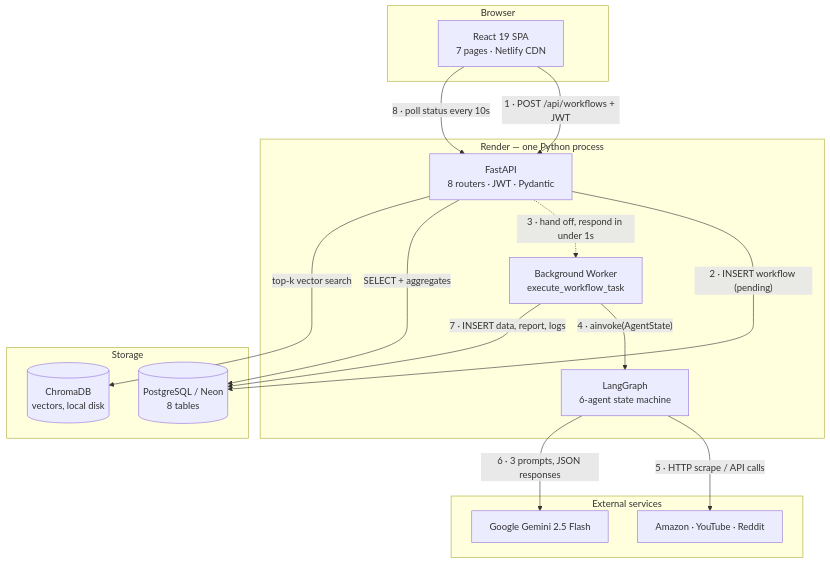
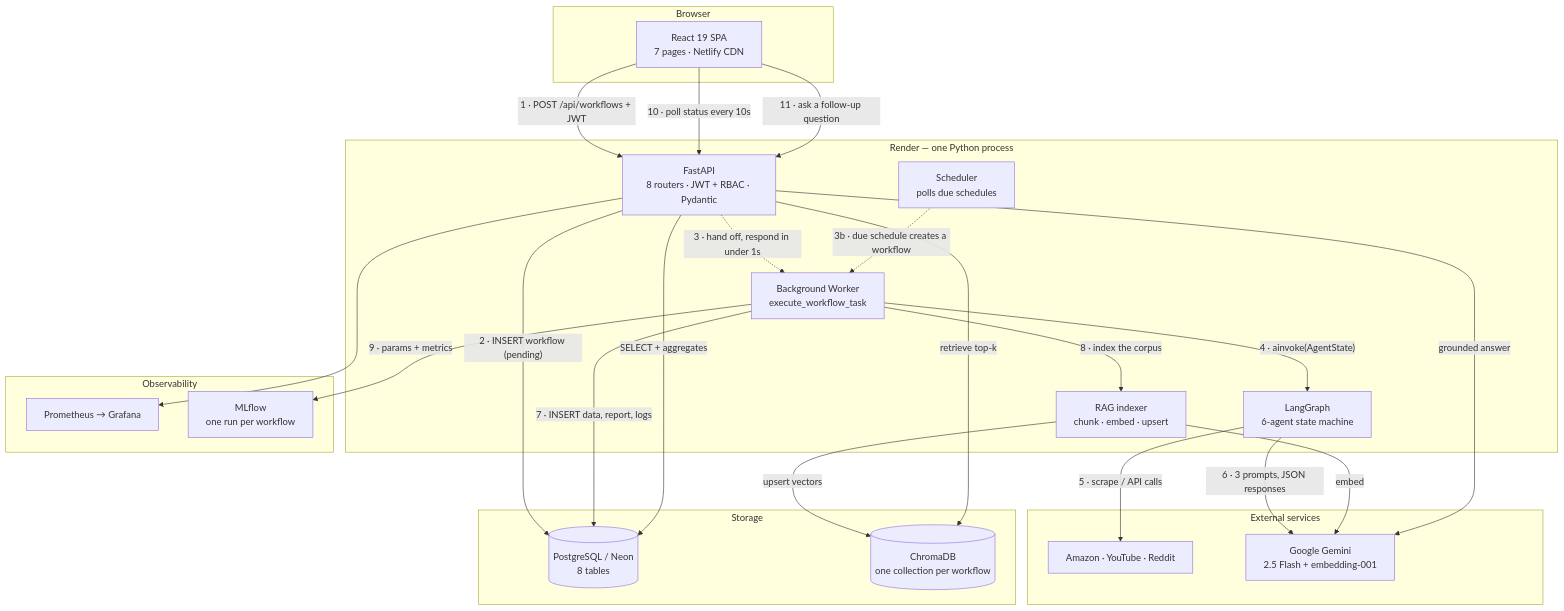
One commit to Abhi7488-VIT/AgentFlow changed the first of 5 diagrams in ARCHITECTURE.md. Above: the diagram before and after it, drawn with Mermaid. The commit also changed other lines of this file, not shown here.

First line of the commit message:
docs(architecture): document the RAG, scheduling and observability layers

````diff
--- a/ARCHITECTURE.md
+++ b/ARCHITECTURE.md
@@ -23,33 +26,48 @@
 ```mermaid
 flowchart TB
     subgraph BROWSER["Browser"]
         UI["React 19 SPA<br/>7 pages · Netlify CDN"]
     end
 
     subgraph SERVER["Render — one Python process"]
-        API["FastAPI<br/>8 routers · JWT · Pydantic"]
+        API["FastAPI<br/>8 routers · JWT + RBAC · Pydantic"]
+        SCH["Scheduler<br/>polls due schedules"]
         WORK["Background Worker<br/>execute_workflow_task"]
         LG["LangGraph<br/>6-agent state machine"]
+        IDX["RAG indexer<br/>chunk · embed · upsert"]
     end
 
     subgraph EXT["External services"]
         SRC["Amazon · YouTube · Reddit"]
-        GEM["Google Gemini 2.5 Flash"]
+        GEM["Google Gemini<br/>2.5 Flash + embedding-001"]
     end
 
     subgraph DATA["Storage"]
         PG[("PostgreSQL / Neon<br/>8 tables")]
-        CH[("ChromaDB<br/>vectors, local disk")]
+        CH[("ChromaDB<br/>one collection per workflow")]
+    end
+
+    subgraph OBS["Observability"]
+        PR["Prometheus → Grafana"]
+        ML["MLflow<br/>one run per workflow"]
     end
 
     UI -->|"1 · POST /api/workflows + JWT"| API
     API -->|"2 · INSERT workflow (pending)"| PG
     API -.->|"3 · hand off, respond in under 1s"| WORK
+    SCH -.->|"3b · due schedule creates a workflow"| WORK
     WORK -->|"4 · ainvoke(AgentState)"| LG
-    LG -->|"5 · HTTP scrape / API calls"| SRC
+    LG -->|"5 · scrape / API calls"| SRC
     LG -->|"6 · 3 prompts, JSON responses"| GEM
     WORK -->|"7 · INSERT data, report, logs"| PG
-    UI -->|"8 · poll status every 10s"| API
+    WORK -->|"8 · index the corpus"| IDX
+    IDX -->|"embed"| GEM
+    IDX -->|"upsert vectors"| CH
+    WORK -->|"9 · params + metrics"| ML
+    UI -->|"10 · poll status every 10s"| API
+    UI -->|"11 · ask a follow-up question"| API
+    API -->|"retrieve top-k"| CH
+    API -->|"grounded answer"| GEM
     API -->|"SELECT + aggregates"| PG
-    API -->|"top-k vector search"| CH
+    API --> PR
 ```
````
